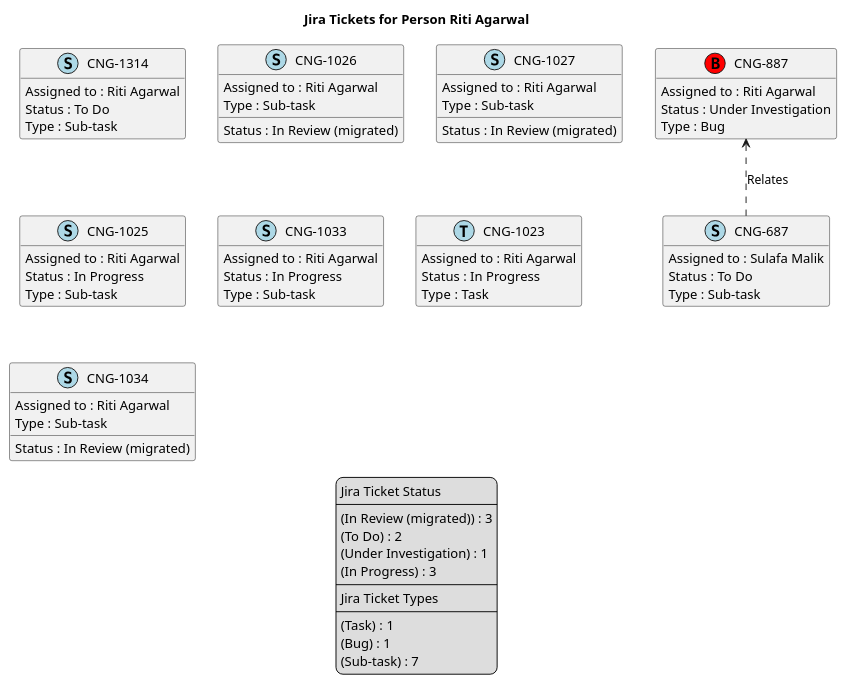
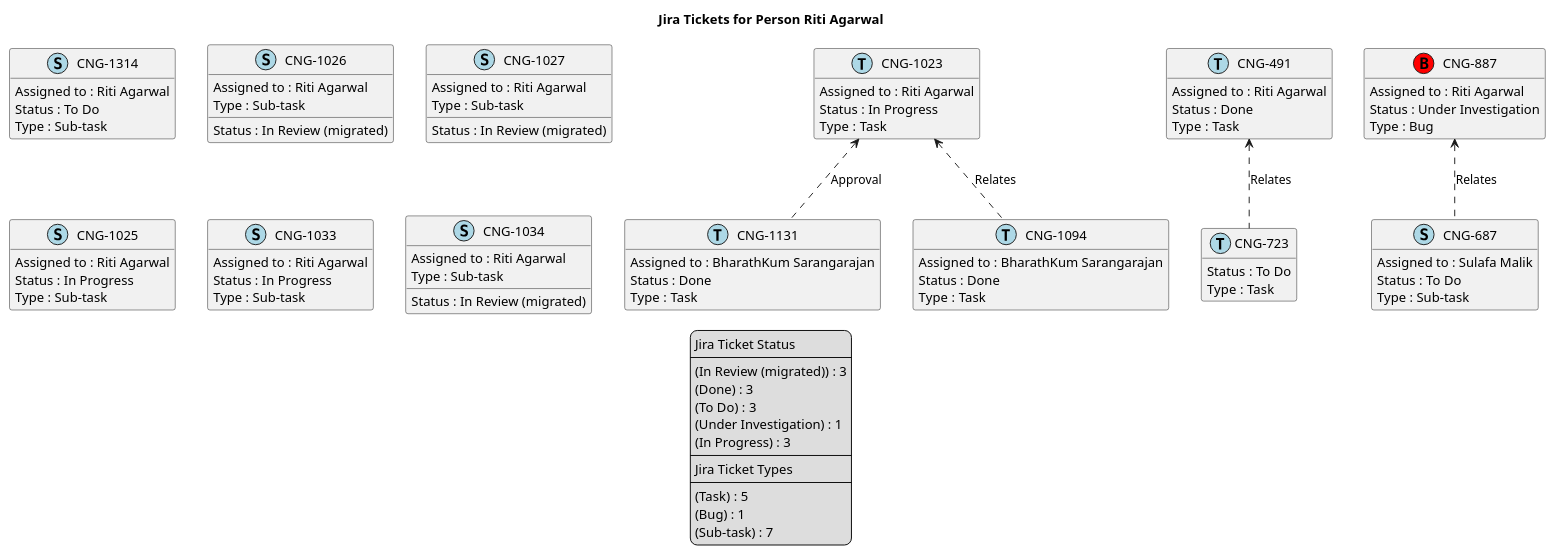
Before and after one commit to brunasti/jiraplotter: the diagram in temp/jira-Person-Riti_Agarwal.puml, drawn with PlantUML. The commit also changed 175 other files, not shown here.

Commit message:
Regenerates all diagrams

```diff
--- a/temp/jira-Person-Riti_Agarwal.puml
+++ b/temp/jira-Person-Riti_Agarwal.puml
@@ -1,87 +1,114 @@
 @startuml
 'https://plantuml.com/class-diagram
 
 ' GENERATE CLASS DIAGRAM ===========
-' Generated at    : Thu Apr 18 11:01:10 CEST 2024
+' Generated at    : Thu Apr 18 11:50:48 CEST 2024
 
 title Jira Tickets for Person Riti Agarwal
 hide empty members
 
 legend
 Jira Ticket Status
 ----
 (In Review (migrated)) : 3
-(To Do) : 2
+(Done) : 3
+(To Do) : 3
 (Under Investigation) : 1
 (In Progress) : 3
 ----
 Jira Ticket Types
 ----
-(Task) : 1
+(Task) : 5
 (Bug) : 1
 (Sub-task) : 7
 end legend
 
 
 ' Tickets =======
+class "CNG-1131" << (T,lightblue) >> {
+  Assigned to : BharathKum Sarangarajan
+  Status : Done
+  Type : Task
+}
+
+class "CNG-491" << (T,lightblue) >> {
+  Assigned to : Riti Agarwal
+  Status : Done
+  Type : Task
+}
+
+class "CNG-1094" << (T,lightblue) >> {
+  Assigned to : BharathKum Sarangarajan
+  Status : Done
+  Type : Task
+}
+
 class "CNG-1314" << (S,lightblue) >> {
   Assigned to : Riti Agarwal
   Status : To Do
   Type : Sub-task
 }
 
 class "CNG-1026" << (S,lightblue) >> {
   Assigned to : Riti Agarwal
   Status : In Review (migrated)
   Type : Sub-task
 }
 
 class "CNG-1027" << (S,lightblue) >> {
   Assigned to : Riti Agarwal
   Status : In Review (migrated)
   Type : Sub-task
 }
 
+class "CNG-1025" << (S,lightblue) >> {
+  Assigned to : Riti Agarwal
+  Status : In Progress
+  Type : Sub-task
+}
+
 class "CNG-687" << (S,lightblue) >> {
   Assigned to : Sulafa Malik
   Status : To Do
-  Type : Sub-task
-}
-
-class "CNG-1025" << (S,lightblue) >> {
-  Assigned to : Riti Agarwal
-  Status : In Progress
   Type : Sub-task
 }
 
 class "CNG-1033" << (S,lightblue) >> {
   Assigned to : Riti Agarwal
   Status : In Progress
   Type : Sub-task
 }
 
-class "CNG-887" << (B,red) >> {
-  Assigned to : Riti Agarwal
-  Status : Under Investigation
-  Type : Bug
+class "CNG-723" << (T,lightblue) >> {
+  Status : To Do
+  Type : Task
 }
 
 class "CNG-1023" << (T,lightblue) >> {
   Assigned to : Riti Agarwal
   Status : In Progress
   Type : Task
 }
 
 class "CNG-1034" << (S,lightblue) >> {
   Assigned to : Riti Agarwal
   Status : In Review (migrated)
   Type : Sub-task
 }
 
+class "CNG-887" << (B,red) >> {
+  Assigned to : Riti Agarwal
+  Status : Under Investigation
+  Type : Bug
+}
+
 
 
 ' Links =======
+"CNG-1023" <.. "CNG-1131" : Approval
+"CNG-1023" <.. "CNG-1094" : Relates
 "CNG-887" <.. "CNG-687" : Relates
+"CNG-491" <.. "CNG-723" : Relates
 
 
 @enduml
```
